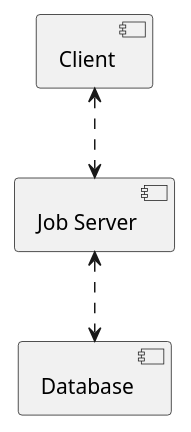
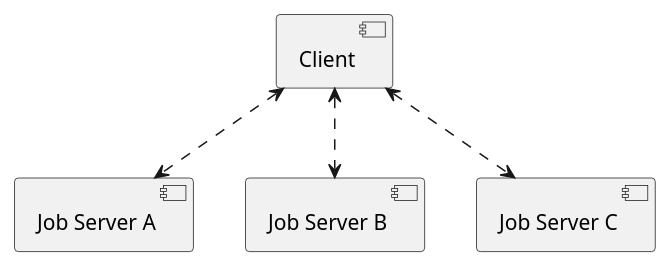
Before and after one commit to BradleyWood/RMD: the diagram in proposal/client-server.puml, drawn with PlantUML. The commit also changed 2 other files, not shown here.

Commit message:
update plantuml diagrams

```diff
--- a/proposal/client-server.puml
+++ b/proposal/client-server.puml
@@ -1,10 +1,15 @@
 @startuml
 
 [Client] as client
-[Job Server] as server
-[Database] as db
+[Job Server A] as serverA
+[Job Server B] as serverB
+[Job Server C] as serverC
+'[Database] as db
 
-client <..> server
-server <..> db
+client <..> serverA
+client <..> serverB
+client <..> serverC
+
+'server <..> db
 
 @enduml
```
